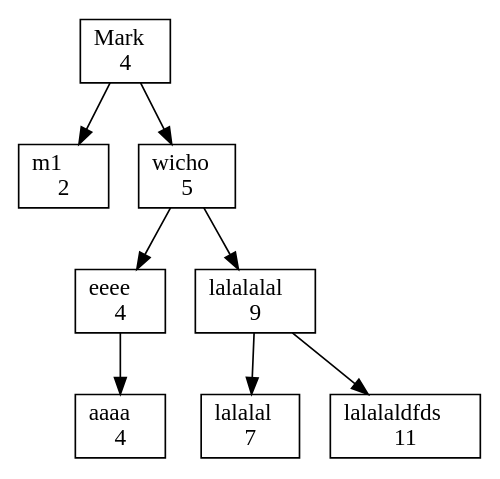
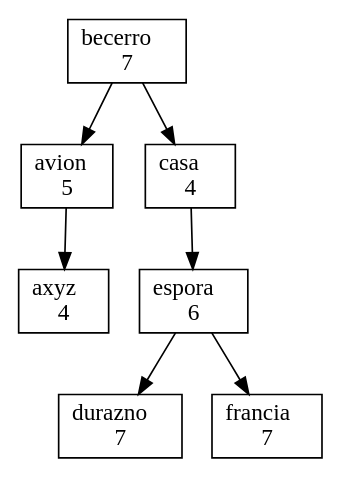
One commit to elJuanjoRamos/EDD_1S2020_PY1_201801262 changed the diagram in EDD_Proyecto1/EDD_Proyecto1/ArbolBinarioBusqueda.dot. Above: the diagram before and after it, drawn with Graphviz. The commit also changed 5 other files, not shown here.

```diff
--- a/EDD_Proyecto1/EDD_Proyecto1/ArbolBinarioBusqueda.dot
+++ b/EDD_Proyecto1/EDD_Proyecto1/ArbolBinarioBusqueda.dot
@@ -1,18 +1,16 @@
 digraph grafica{
 rankdir=TB;node [shape = record, style=filled, fillcolor=white];
-nodo1[ label ="Mark\l4"];
-nodo4 [ label ="m1\l2"];
-nodo1->nodo4
-nodo2[ label ="wicho\l5"];
-nodo7[ label ="eeee\l4"];
-nodo8 [ label ="aaaa\l4"];
-nodo7->nodo8
-nodo2->nodo7
-nodo3[ label ="lalalalal\l9"];
-nodo5 [ label ="lalalal\l7"];
+nodo1[ label ="becerro\l7"];
+nodo2[ label ="avion\l5"];
+nodo4 [ label ="axyz\l4"];
+nodo2->nodo4
+nodo1->nodo2
+nodo3[ label ="casa\l4"];
+nodo5[ label ="espora\l6"];
+nodo7 [ label ="durazno\l7"];
+nodo5->nodo7
+nodo6 [ label ="francia\l7"];
+nodo5->nodo6
 nodo3->nodo5
-nodo6 [ label ="lalalaldfds\l11"];
-nodo3->nodo6
-nodo2->nodo3
-nodo1->nodo2
+nodo1->nodo3
 }
```
